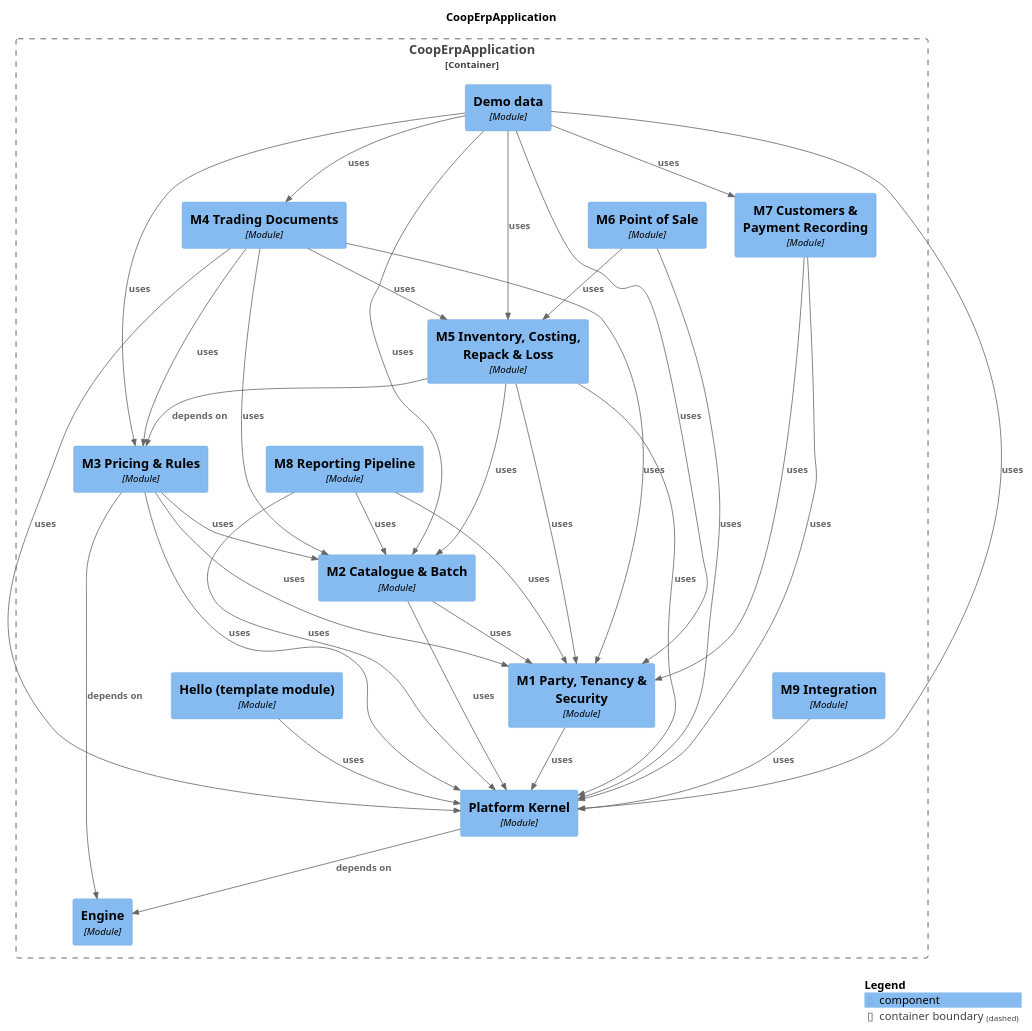
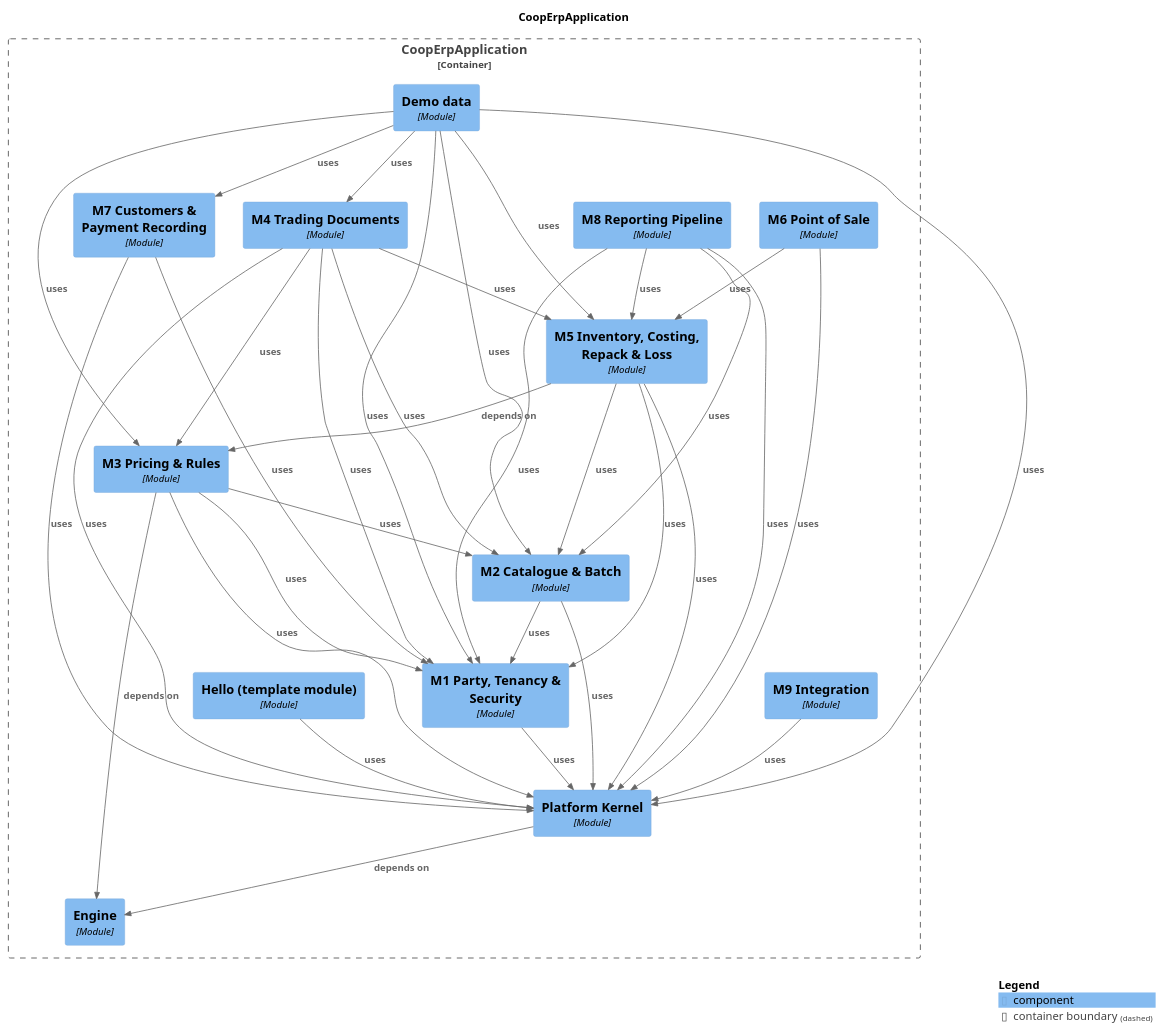
The diagram in docs/modules/components.puml (Knoweb/COOP_ERP), drawn with PlantUML before and after one commit. The commit also changed 42 other files, not shown here.

```diff
--- a/docs/modules/components.puml
+++ b/docs/modules/components.puml
@@ -1,62 +1,63 @@
 @startuml
 set separator none
 title CoopErpApplication
 
 top to bottom direction
 
 !include <C4/C4>
 !include <C4/C4_Context>
 !include <C4/C4_Component>
 
 Container_Boundary("CoopErpApplication.CoopErpApplication_boundary", "CoopErpApplication", $tags="") {
   Component(CoopErpApplication.CoopErpApplication.M7CustomersPaymentRecording, "M7 Customers & Payment Recording", $techn="Module", $descr="", $tags="", $link="")
   Component(CoopErpApplication.CoopErpApplication.M3PricingRules, "M3 Pricing & Rules", $techn="Module", $descr="", $tags="", $link="")
-  Component(CoopErpApplication.CoopErpApplication.M8ReportingPipeline, "M8 Reporting Pipeline", $techn="Module", $descr="", $tags="", $link="")
   Component(CoopErpApplication.CoopErpApplication.M5InventoryCostingRepackLoss, "M5 Inventory, Costing, Repack & Loss", $techn="Module", $descr="", $tags="", $link="")
   Component(CoopErpApplication.CoopErpApplication.M4TradingDocuments, "M4 Trading Documents", $techn="Module", $descr="", $tags="", $link="")
   Component(CoopErpApplication.CoopErpApplication.M6PointofSale, "M6 Point of Sale", $techn="Module", $descr="", $tags="", $link="")
+  Component(CoopErpApplication.CoopErpApplication.M8ReportingPipeline, "M8 Reporting Pipeline", $techn="Module", $descr="", $tags="", $link="")
   Component(CoopErpApplication.CoopErpApplication.Demodata, "Demo data", $techn="Module", $descr="", $tags="", $link="")
   Component(CoopErpApplication.CoopErpApplication.Engine, "Engine", $techn="Module", $descr="", $tags="", $link="")
   Component(CoopErpApplication.CoopErpApplication.PlatformKernel, "Platform Kernel", $techn="Module", $descr="", $tags="", $link="")
   Component(CoopErpApplication.CoopErpApplication.Hellotemplatemodule, "Hello (template module)", $techn="Module", $descr="", $tags="", $link="")
   Component(CoopErpApplication.CoopErpApplication.M1PartyTenancySecurity, "M1 Party, Tenancy & Security", $techn="Module", $descr="", $tags="", $link="")
   Component(CoopErpApplication.CoopErpApplication.M9Integration, "M9 Integration", $techn="Module", $descr="", $tags="", $link="")
   Component(CoopErpApplication.CoopErpApplication.M2CatalogueBatch, "M2 Catalogue & Batch", $techn="Module", $descr="", $tags="", $link="")
 }
 
-Rel(CoopErpApplication.CoopErpApplication.Demodata, CoopErpApplication.CoopErpApplication.M1PartyTenancySecurity, "uses", $techn="", $tags="", $link="")
-Rel(CoopErpApplication.CoopErpApplication.Demodata, CoopErpApplication.CoopErpApplication.M2CatalogueBatch, "uses", $techn="", $tags="", $link="")
-Rel(CoopErpApplication.CoopErpApplication.Demodata, CoopErpApplication.CoopErpApplication.M3PricingRules, "uses", $techn="", $tags="", $link="")
-Rel(CoopErpApplication.CoopErpApplication.Demodata, CoopErpApplication.CoopErpApplication.M4TradingDocuments, "uses", $techn="", $tags="", $link="")
-Rel(CoopErpApplication.CoopErpApplication.Demodata, CoopErpApplication.CoopErpApplication.M5InventoryCostingRepackLoss, "uses", $techn="", $tags="", $link="")
-Rel(CoopErpApplication.CoopErpApplication.Demodata, CoopErpApplication.CoopErpApplication.M7CustomersPaymentRecording, "uses", $techn="", $tags="", $link="")
-Rel(CoopErpApplication.CoopErpApplication.Demodata, CoopErpApplication.CoopErpApplication.PlatformKernel, "uses", $techn="", $tags="", $link="")
-Rel(CoopErpApplication.CoopErpApplication.Hellotemplatemodule, CoopErpApplication.CoopErpApplication.PlatformKernel, "uses", $techn="", $tags="", $link="")
-Rel(CoopErpApplication.CoopErpApplication.M1PartyTenancySecurity, CoopErpApplication.CoopErpApplication.PlatformKernel, "uses", $techn="", $tags="", $link="")
-Rel(CoopErpApplication.CoopErpApplication.M2CatalogueBatch, CoopErpApplication.CoopErpApplication.M1PartyTenancySecurity, "uses", $techn="", $tags="", $link="")
-Rel(CoopErpApplication.CoopErpApplication.M2CatalogueBatch, CoopErpApplication.CoopErpApplication.PlatformKernel, "uses", $techn="", $tags="", $link="")
-Rel(CoopErpApplication.CoopErpApplication.M3PricingRules, CoopErpApplication.CoopErpApplication.Engine, "depends on", $techn="", $tags="", $link="")
-Rel(CoopErpApplication.CoopErpApplication.M3PricingRules, CoopErpApplication.CoopErpApplication.M1PartyTenancySecurity, "uses", $techn="", $tags="", $link="")
-Rel(CoopErpApplication.CoopErpApplication.M3PricingRules, CoopErpApplication.CoopErpApplication.M2CatalogueBatch, "uses", $techn="", $tags="", $link="")
-Rel(CoopErpApplication.CoopErpApplication.M3PricingRules, CoopErpApplication.CoopErpApplication.PlatformKernel, "uses", $techn="", $tags="", $link="")
+Rel(CoopErpApplication.CoopErpApplication.M8ReportingPipeline, CoopErpApplication.CoopErpApplication.PlatformKernel, "uses", $techn="", $tags="", $link="")
+Rel(CoopErpApplication.CoopErpApplication.M8ReportingPipeline, CoopErpApplication.CoopErpApplication.M1PartyTenancySecurity, "uses", $techn="", $tags="", $link="")
+Rel(CoopErpApplication.CoopErpApplication.M8ReportingPipeline, CoopErpApplication.CoopErpApplication.M2CatalogueBatch, "uses", $techn="", $tags="", $link="")
+Rel(CoopErpApplication.CoopErpApplication.M8ReportingPipeline, CoopErpApplication.CoopErpApplication.M5InventoryCostingRepackLoss, "uses", $techn="", $tags="", $link="")
+Rel(CoopErpApplication.CoopErpApplication.PlatformKernel, CoopErpApplication.CoopErpApplication.Engine, "depends on", $techn="", $tags="", $link="")
+Rel(CoopErpApplication.CoopErpApplication.M4TradingDocuments, CoopErpApplication.CoopErpApplication.PlatformKernel, "uses", $techn="", $tags="", $link="")
 Rel(CoopErpApplication.CoopErpApplication.M4TradingDocuments, CoopErpApplication.CoopErpApplication.M1PartyTenancySecurity, "uses", $techn="", $tags="", $link="")
 Rel(CoopErpApplication.CoopErpApplication.M4TradingDocuments, CoopErpApplication.CoopErpApplication.M2CatalogueBatch, "uses", $techn="", $tags="", $link="")
 Rel(CoopErpApplication.CoopErpApplication.M4TradingDocuments, CoopErpApplication.CoopErpApplication.M3PricingRules, "uses", $techn="", $tags="", $link="")
 Rel(CoopErpApplication.CoopErpApplication.M4TradingDocuments, CoopErpApplication.CoopErpApplication.M5InventoryCostingRepackLoss, "uses", $techn="", $tags="", $link="")
-Rel(CoopErpApplication.CoopErpApplication.M4TradingDocuments, CoopErpApplication.CoopErpApplication.PlatformKernel, "uses", $techn="", $tags="", $link="")
-Rel(CoopErpApplication.CoopErpApplication.M5InventoryCostingRepackLoss, CoopErpApplication.CoopErpApplication.M1PartyTenancySecurity, "uses", $techn="", $tags="", $link="")
-Rel(CoopErpApplication.CoopErpApplication.M5InventoryCostingRepackLoss, CoopErpApplication.CoopErpApplication.M2CatalogueBatch, "uses", $techn="", $tags="", $link="")
 Rel(CoopErpApplication.CoopErpApplication.M5InventoryCostingRepackLoss, CoopErpApplication.CoopErpApplication.M3PricingRules, "depends on", $techn="", $tags="", $link="")
 Rel(CoopErpApplication.CoopErpApplication.M5InventoryCostingRepackLoss, CoopErpApplication.CoopErpApplication.PlatformKernel, "uses", $techn="", $tags="", $link="")
+Rel(CoopErpApplication.CoopErpApplication.M5InventoryCostingRepackLoss, CoopErpApplication.CoopErpApplication.M2CatalogueBatch, "uses", $techn="", $tags="", $link="")
+Rel(CoopErpApplication.CoopErpApplication.M5InventoryCostingRepackLoss, CoopErpApplication.CoopErpApplication.M1PartyTenancySecurity, "uses", $techn="", $tags="", $link="")
+Rel(CoopErpApplication.CoopErpApplication.M3PricingRules, CoopErpApplication.CoopErpApplication.Engine, "depends on", $techn="", $tags="", $link="")
+Rel(CoopErpApplication.CoopErpApplication.M3PricingRules, CoopErpApplication.CoopErpApplication.M2CatalogueBatch, "uses", $techn="", $tags="", $link="")
+Rel(CoopErpApplication.CoopErpApplication.M3PricingRules, CoopErpApplication.CoopErpApplication.PlatformKernel, "uses", $techn="", $tags="", $link="")
+Rel(CoopErpApplication.CoopErpApplication.M3PricingRules, CoopErpApplication.CoopErpApplication.M1PartyTenancySecurity, "uses", $techn="", $tags="", $link="")
+Rel(CoopErpApplication.CoopErpApplication.M2CatalogueBatch, CoopErpApplication.CoopErpApplication.PlatformKernel, "uses", $techn="", $tags="", $link="")
+Rel(CoopErpApplication.CoopErpApplication.M2CatalogueBatch, CoopErpApplication.CoopErpApplication.M1PartyTenancySecurity, "uses", $techn="", $tags="", $link="")
+Rel(CoopErpApplication.CoopErpApplication.M7CustomersPaymentRecording, CoopErpApplication.CoopErpApplication.PlatformKernel, "uses", $techn="", $tags="", $link="")
+Rel(CoopErpApplication.CoopErpApplication.M7CustomersPaymentRecording, CoopErpApplication.CoopErpApplication.M1PartyTenancySecurity, "uses", $techn="", $tags="", $link="")
+Rel(CoopErpApplication.CoopErpApplication.Hellotemplatemodule, CoopErpApplication.CoopErpApplication.PlatformKernel, "uses", $techn="", $tags="", $link="")
+Rel(CoopErpApplication.CoopErpApplication.M6PointofSale, CoopErpApplication.CoopErpApplication.PlatformKernel, "uses", $techn="", $tags="", $link="")
 Rel(CoopErpApplication.CoopErpApplication.M6PointofSale, CoopErpApplication.CoopErpApplication.M5InventoryCostingRepackLoss, "uses", $techn="", $tags="", $link="")
-Rel(CoopErpApplication.CoopErpApplication.M6PointofSale, CoopErpApplication.CoopErpApplication.PlatformKernel, "uses", $techn="", $tags="", $link="")
-Rel(CoopErpApplication.CoopErpApplication.M7CustomersPaymentRecording, CoopErpApplication.CoopErpApplication.M1PartyTenancySecurity, "uses", $techn="", $tags="", $link="")
-Rel(CoopErpApplication.CoopErpApplication.M7CustomersPaymentRecording, CoopErpApplication.CoopErpApplication.PlatformKernel, "uses", $techn="", $tags="", $link="")
-Rel(CoopErpApplication.CoopErpApplication.M8ReportingPipeline, CoopErpApplication.CoopErpApplication.M1PartyTenancySecurity, "uses", $techn="", $tags="", $link="")
-Rel(CoopErpApplication.CoopErpApplication.M8ReportingPipeline, CoopErpApplication.CoopErpApplication.M2CatalogueBatch, "uses", $techn="", $tags="", $link="")
-Rel(CoopErpApplication.CoopErpApplication.M8ReportingPipeline, CoopErpApplication.CoopErpApplication.PlatformKernel, "uses", $techn="", $tags="", $link="")
+Rel(CoopErpApplication.CoopErpApplication.Demodata, CoopErpApplication.CoopErpApplication.PlatformKernel, "uses", $techn="", $tags="", $link="")
+Rel(CoopErpApplication.CoopErpApplication.Demodata, CoopErpApplication.CoopErpApplication.M4TradingDocuments, "uses", $techn="", $tags="", $link="")
+Rel(CoopErpApplication.CoopErpApplication.Demodata, CoopErpApplication.CoopErpApplication.M5InventoryCostingRepackLoss, "uses", $techn="", $tags="", $link="")
+Rel(CoopErpApplication.CoopErpApplication.Demodata, CoopErpApplication.CoopErpApplication.M7CustomersPaymentRecording, "uses", $techn="", $tags="", $link="")
+Rel(CoopErpApplication.CoopErpApplication.Demodata, CoopErpApplication.CoopErpApplication.M1PartyTenancySecurity, "uses", $techn="", $tags="", $link="")
+Rel(CoopErpApplication.CoopErpApplication.Demodata, CoopErpApplication.CoopErpApplication.M2CatalogueBatch, "uses", $techn="", $tags="", $link="")
+Rel(CoopErpApplication.CoopErpApplication.Demodata, CoopErpApplication.CoopErpApplication.M3PricingRules, "uses", $techn="", $tags="", $link="")
 Rel(CoopErpApplication.CoopErpApplication.M9Integration, CoopErpApplication.CoopErpApplication.PlatformKernel, "uses", $techn="", $tags="", $link="")
-Rel(CoopErpApplication.CoopErpApplication.PlatformKernel, CoopErpApplication.CoopErpApplication.Engine, "depends on", $techn="", $tags="", $link="")
+Rel(CoopErpApplication.CoopErpApplication.M1PartyTenancySecurity, CoopErpApplication.CoopErpApplication.PlatformKernel, "uses", $techn="", $tags="", $link="")
 
 SHOW_LEGEND(true)
 @enduml
```
